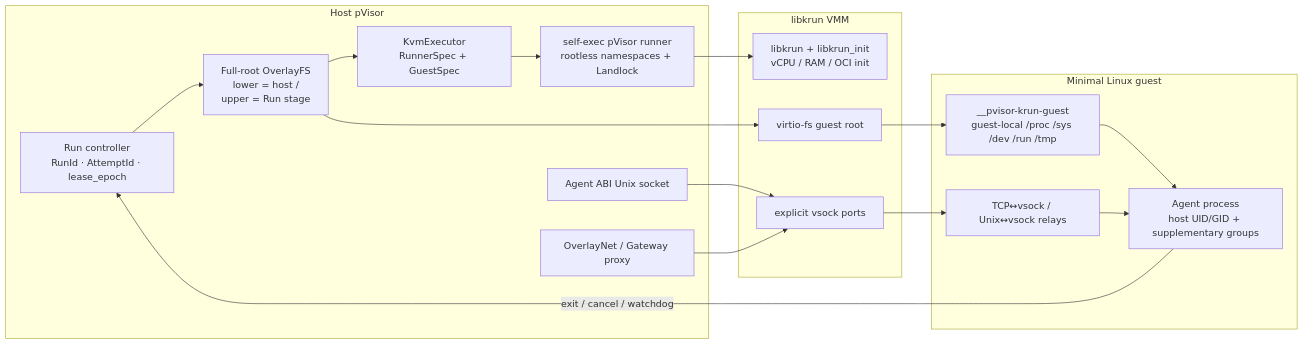
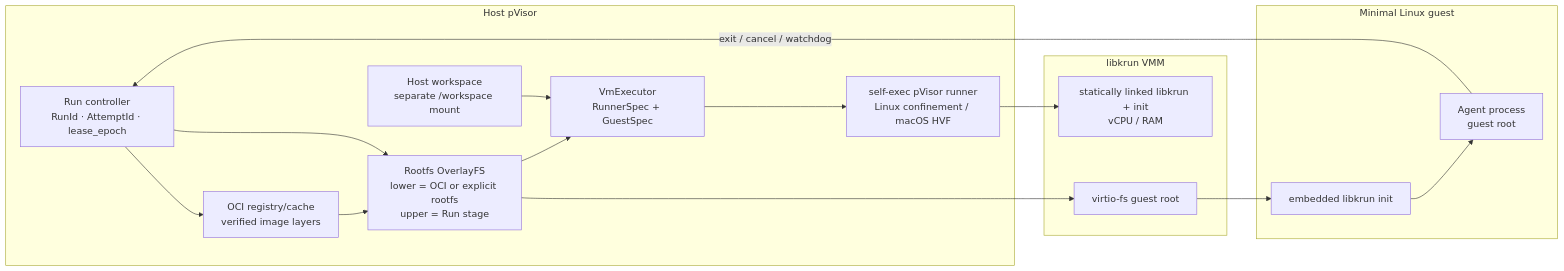
The third of 4 diagrams in docs/src/design/agent-infrastructure.md (DeepLink-org/Persisting), drawn with Mermaid before and after one commit. The commit also changed other lines of this file and 239 other files, not shown here.

First line of the commit message:
Add daemonless libkrun VM executor with native OverlayFS (#40)

````diff
--- a/docs/src/design/agent-infrastructure.md
+++ b/docs/src/design/agent-infrastructure.md
@@ -314,30 +314,27 @@
 ```mermaid
 flowchart LR
   subgraph HOST["Host pVisor"]
     RC["Run controller<br/>RunId · AttemptId · lease_epoch"]
-    OFS["Full-root OverlayFS<br/>lower = host /<br/>upper = Run stage"]
-    KEX["KvmExecutor<br/>RunnerSpec + GuestSpec"]
-    ABI["Agent ABI Unix socket"]
-    NET["OverlayNet / Gateway proxy"]
-    RR["self-exec pVisor runner<br/>rootless namespaces + Landlock"]
+    OCI["OCI registry/cache<br/>verified image layers"]
+    OFS["Rootfs OverlayFS<br/>lower = OCI or explicit rootfs<br/>upper = Run stage"]
+    WS["Host workspace<br/>separate /workspace mount"]
+    KEX["VmExecutor<br/>RunnerSpec + GuestSpec"]
+    RR["self-exec pVisor runner<br/>Linux confinement / macOS HVF"]
   end
 
   subgraph VMM["libkrun VMM"]
-    KRUN["libkrun + libkrun_init<br/>vCPU / RAM / OCI init"]
+    KRUN["statically linked libkrun + init<br/>vCPU / RAM"]
     VFS["virtio-fs guest root"]
-    VSOCK["explicit vsock ports"]
   end
 
   subgraph GUEST["Minimal Linux guest"]
-    INIT["__pvisor-krun-guest<br/>guest-local /proc /sys /dev /run /tmp"]
-    RELAY["TCP↔vsock / Unix↔vsock relays"]
-    AGENT["Agent process<br/>host UID/GID + supplementary groups"]
+    INIT["embedded libkrun init"]
+    AGENT["Agent process<br/>guest root"]
   end
 
-  RC --> OFS --> KEX --> RR --> KRUN
+  RC --> OCI --> OFS --> KEX --> RR --> KRUN
+  RC --> OFS
+  WS --> KEX
   OFS --> VFS --> INIT --> AGENT
-  ABI --> VSOCK
-  NET --> VSOCK
-  VSOCK --> RELAY --> AGENT
   AGENT -->|"exit / cancel / watchdog"| RC
 ```
````
